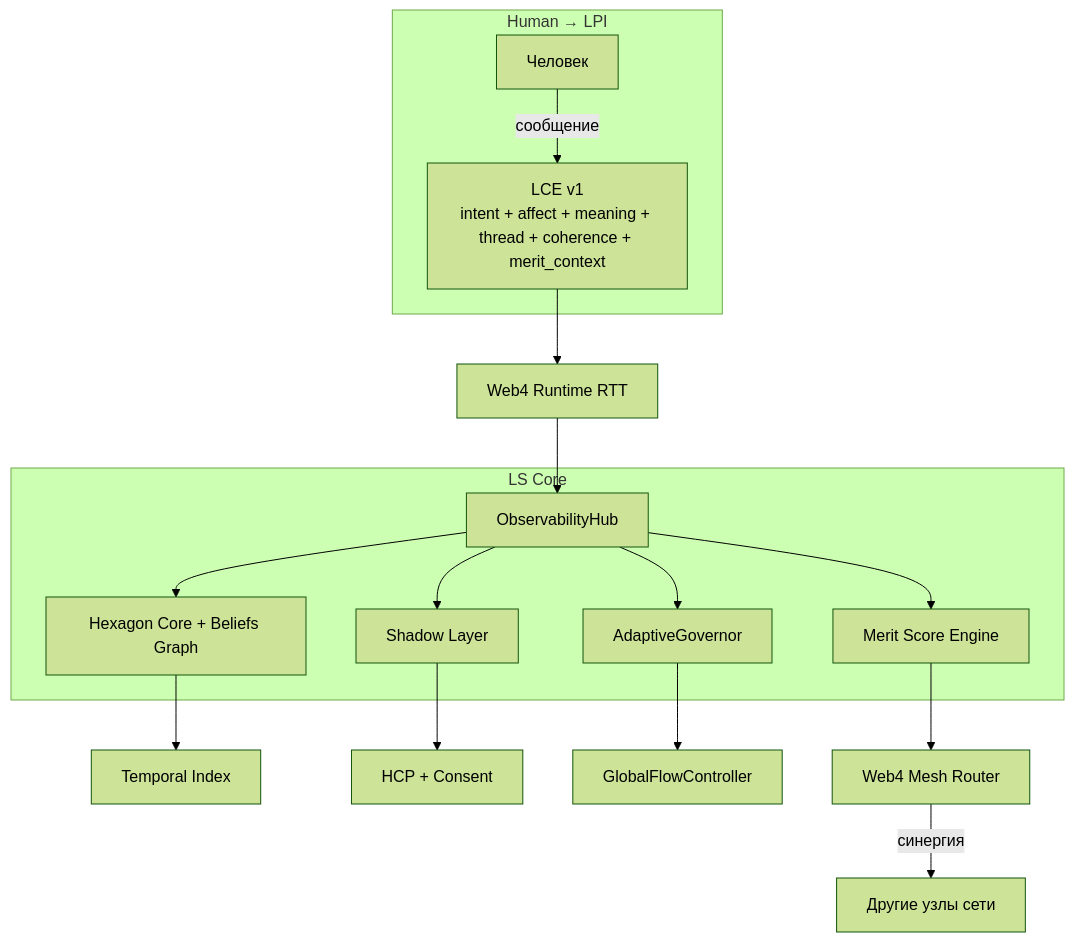
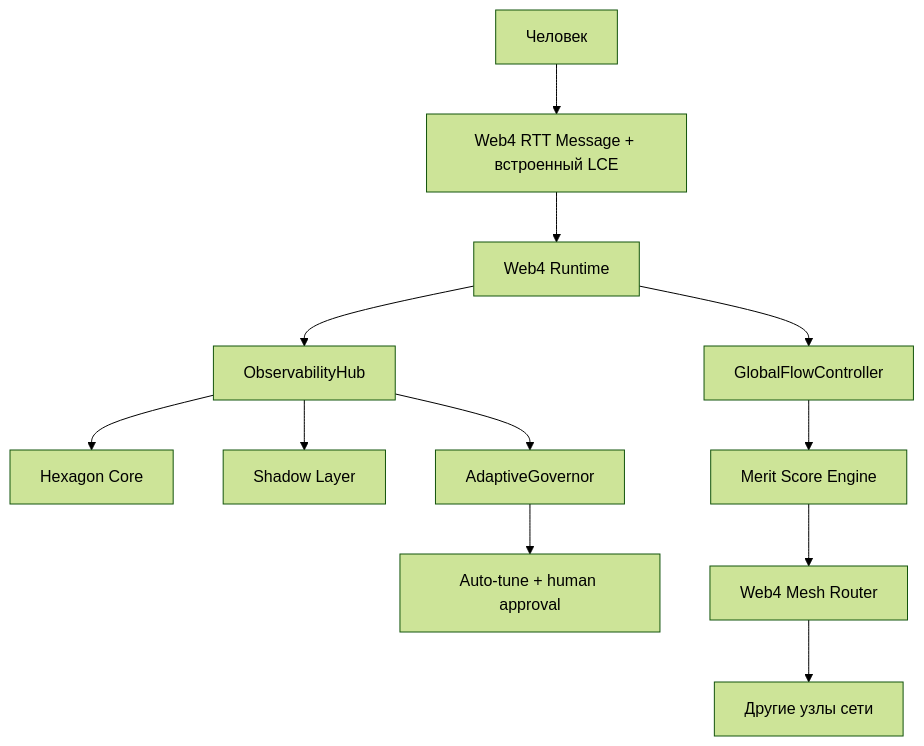
The diagram in docs/LCE_IN_LS.md (safal207/LS), drawn with Mermaid (forest theme) before and after one commit. The commit also changed other lines of this file, not shown here.

Commit message:
Refactor LCE spec to embedded RTT metadata model

````diff
--- a/docs/LCE_IN_LS.md
+++ b/docs/LCE_IN_LS.md
@@ -22,23 +22,19 @@
 ```mermaid
 graph TD
-    subgraph "Human → LPI"
-        H[Человек] -->|сообщение| LCE[LCE v1\nintent + affect + meaning + thread + coherence + merit_context]
-    end
+    Human[Человек] --> RTT[Web4 RTT Message + встроенный LCE]
+    RTT --> Runtime[Web4 Runtime]
 
-    LCE --> W[Web4 Runtime RTT]
-    W --> Hub[ObservabilityHub]
+    Runtime --> Hub[ObservabilityHub]
+    Runtime --> Flow[GlobalFlowController]
 
-    subgraph "LS Core"
-        Hub --> Hex[Hexagon Core + Beliefs Graph]
-        Hub --> Shad[Shadow Layer]
-        Hub --> Gov[AdaptiveGovernor]
-        Hub --> Merit[Merit Score Engine]
-    end
+    Hub --> Hex[Hexagon Core]
+    Hub --> Shad[Shadow Layer]
+    Hub --> Gov[AdaptiveGovernor]
 
-    Hex --> Temp[Temporal Index]
-    Shad --> HCP[HCP + Consent]
-    Gov --> Flow[GlobalFlowController]
+    Flow --> Merit[Merit Score Engine]
     Merit --> Mesh[Web4 Mesh Router]
 
-    Mesh -->|синергия| Other[Другие узлы сети]
+    Mesh --> Other[Другие узлы сети]
+
+    Gov --> Auto[Auto-tune + human approval]
 ```
````
